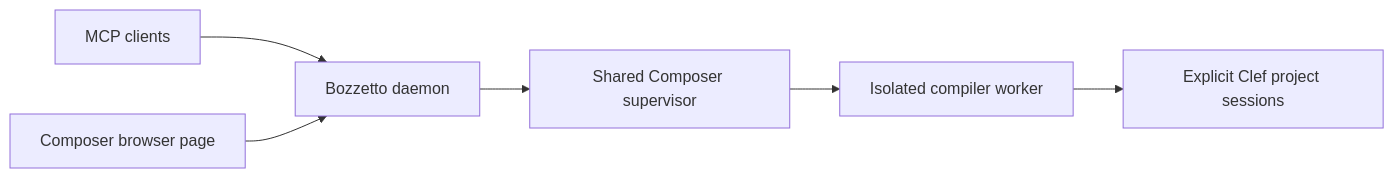
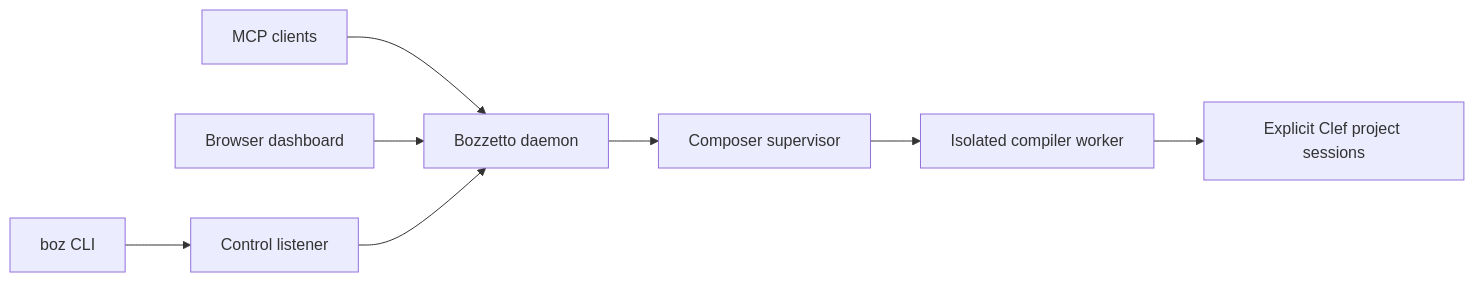
One commit to FidelityFramework/Bozzetto changed the diagram in Readme.md. Above: the diagram before and after it, drawn with Mermaid. The commit also changed other lines of this file and 248 other files, not shown here.

````diff
--- a/Readme.md
+++ b/Readme.md
@@ -126,8 +24,10 @@
 ```mermaid
 flowchart LR
   MCP[MCP clients] --> D[Bozzetto daemon]
-  Browser[Composer browser page] --> D
-  D --> S[Shared Composer supervisor]
+  Browser[Browser dashboard] --> D
+  CLI[boz CLI] --> C[Control listener]
+  C --> D
+  D --> S[Composer supervisor]
   S --> W[Isolated compiler worker]
   W --> P[Explicit Clef project sessions]
 ```
````
